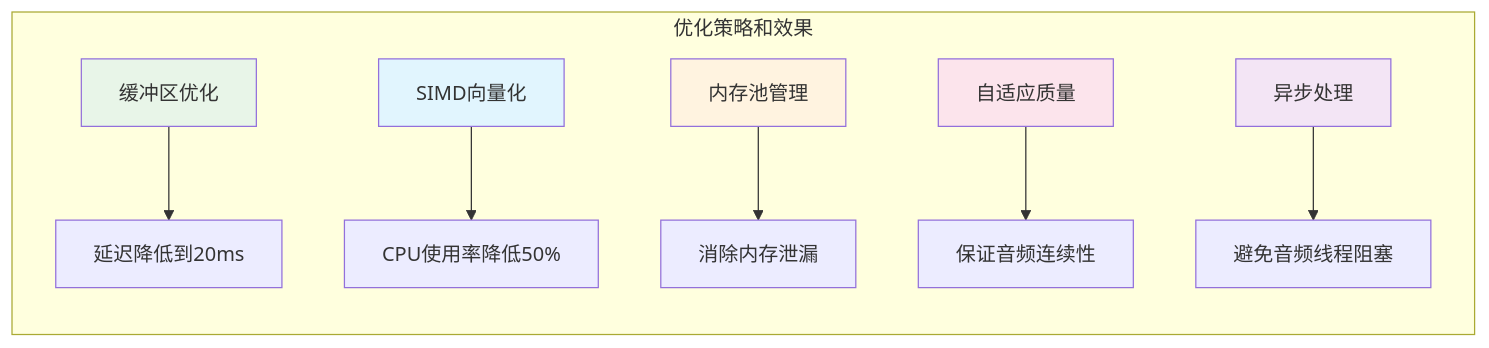
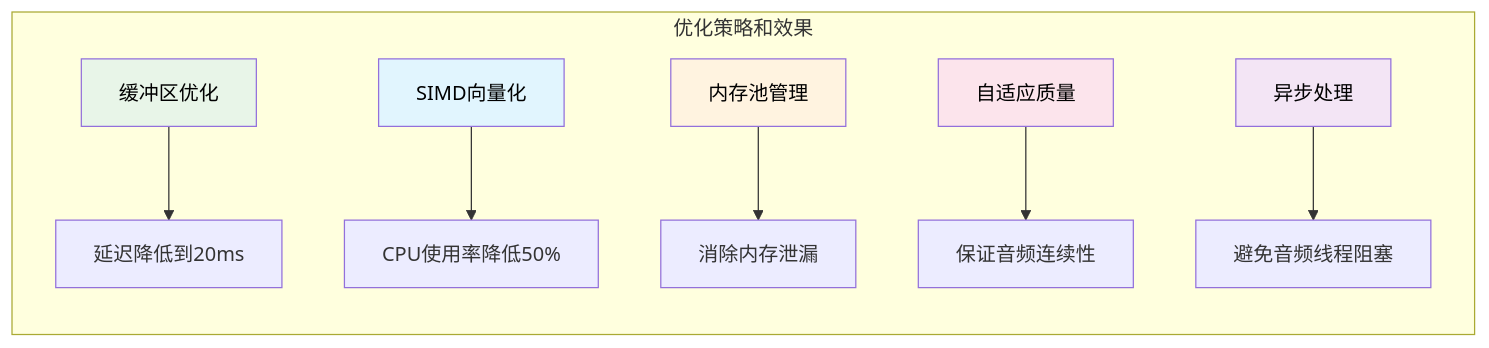
The sixth of 8 diagrams in ohmy408/datas.bundle/音频开发/1.9a AVFoundation.md (Dtheme/ohmy408), drawn with Mermaid before and after one commit. The commit also changed other lines of this file and 7 other files, not shown here.

````diff
--- a/ohmy408/datas.bundle/音频开发/1.9a AVFoundation.md
+++ b/ohmy408/datas.bundle/音频开发/1.9a AVFoundation.md
@@ -715,16 +715,16 @@
 ```mermaid
 graph LR
     subgraph "优化策略和效果"
         A[缓冲区优化] --> A1[延迟降低到20ms]
         B[SIMD向量化] --> B1[CPU使用率降低50%]
         C[内存池管理] --> C1[消除内存泄漏]
         D[自适应质量] --> D1[保证音频连续性]
         E[异步处理] --> E1[避免音频线程阻塞]
     end
     
-    style A fill:#e8f5e8
-    style B fill:#e1f5fe
-    style C fill:#fff3e0
-    style D fill:#fce4ec
-    style E fill:#f3e5f5
+    style A fill:#e8f5e8,color:#000
+    style B fill:#e1f5fe,color:#000
+    style C fill:#fff3e0,color:#000
+    style D fill:#fce4ec,color:#000
+    style E fill:#f3e5f5,color:#000
 ```
````
